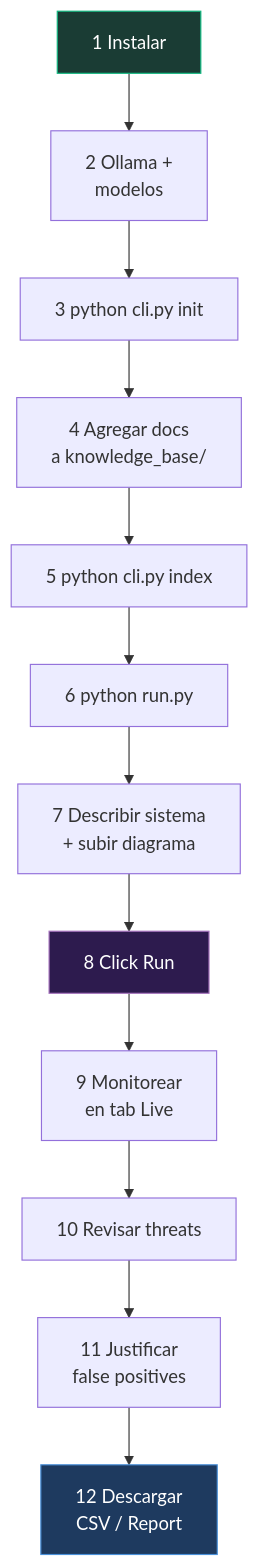
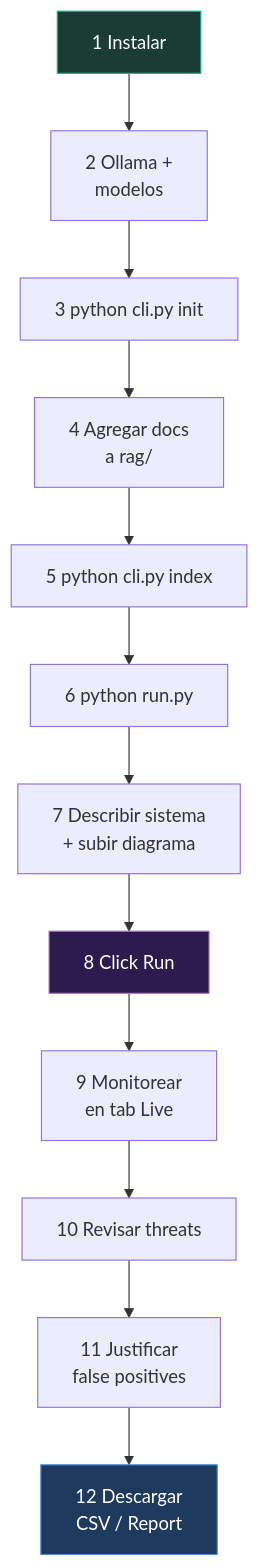
The diagram in docs/09_guia_de_uso.md (philocyber/agent-threat-modeler), drawn with Mermaid before and after one commit. The commit also changed other lines of this file and 115 other files, not shown here.

````diff
--- a/docs/09_guia_de_uso.md
+++ b/docs/09_guia_de_uso.md
@@ -451,18 +453,18 @@
 ```mermaid
 flowchart TD
     START["1  Instalar"] --> OLLAMA["2  Ollama +<br/>modelos"]
     OLLAMA --> INIT["3  python cli.py init"]
-    INIT --> KB["4  Agregar docs<br/>a knowledge_base/"]
+    INIT --> KB["4  Agregar docs<br/>a rag/"]
     KB --> INDEX["5  python cli.py index"]
     INDEX --> SERVER["6  python run.py"]
     SERVER --> INPUT["7  Describir sistema<br/>+ subir diagrama"]
     INPUT --> RUN["8  Click Run"]
     RUN --> WAIT["9  Monitorear<br/>en tab Live"]
     WAIT --> REVIEW["10  Revisar threats"]
     REVIEW --> JUSTIFY["11  Justificar<br/>false positives"]
     JUSTIFY --> EXPORT["12  Descargar<br/>CSV / Report"]
 
     style START fill:#1a3c34,stroke:#10b981,color:#fff
     style RUN fill:#2d1b4e,stroke:#a773bf,color:#fff
     style EXPORT fill:#1e3a5f,stroke:#4a90d9,color:#fff
 ```
````
